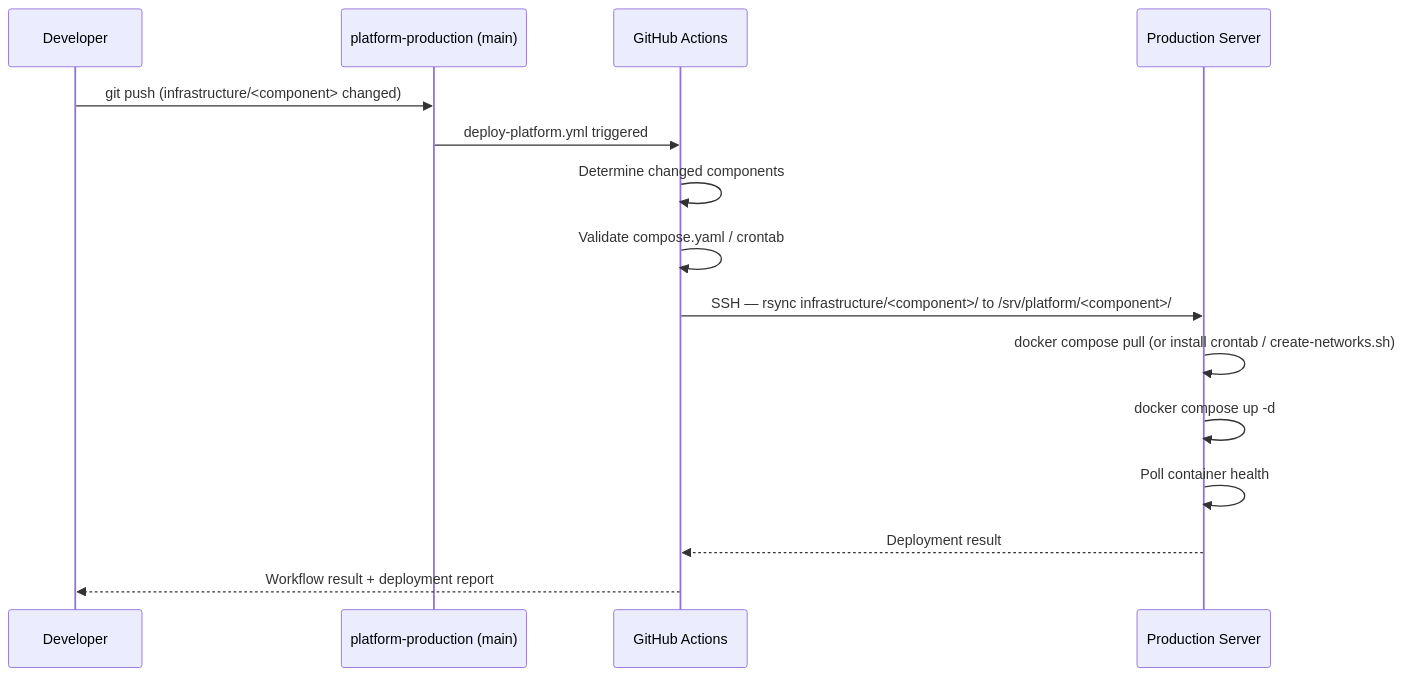
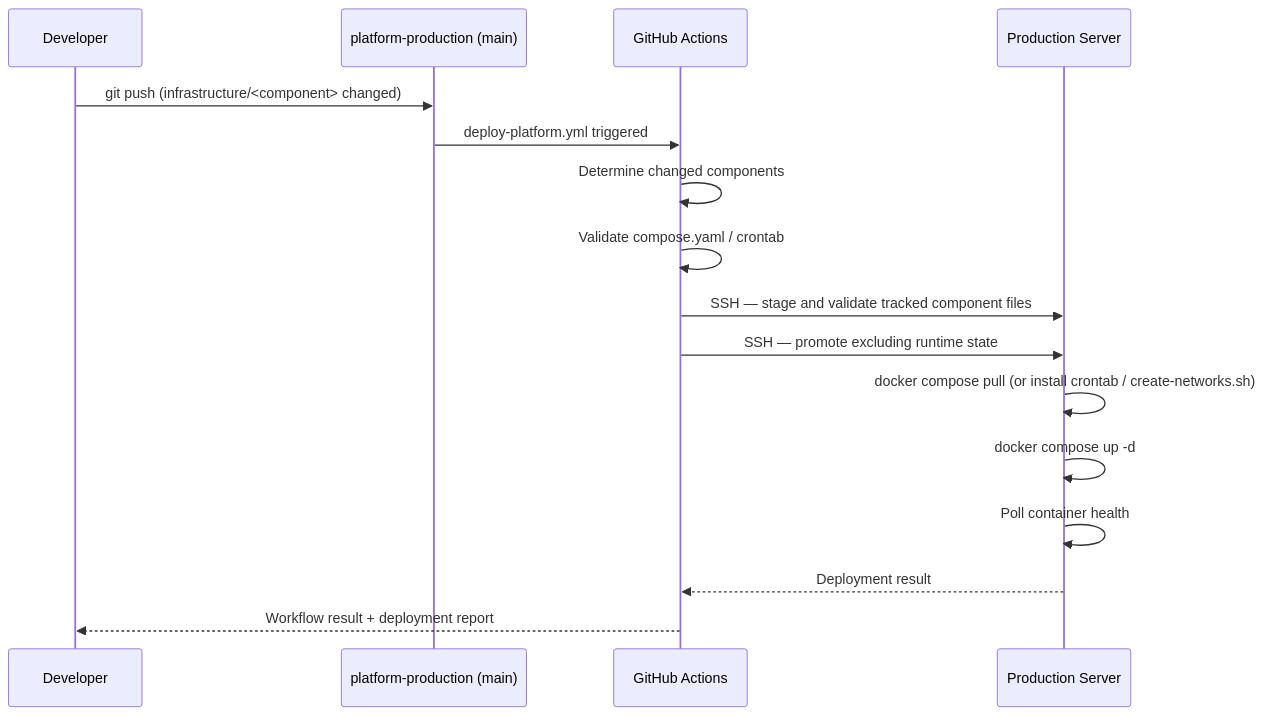
Before and after one commit to Basith-08/platform-production: the second of 2 diagrams in docs/01-architecture/ARCH-005-deployment-strategy.md, drawn with Mermaid. The commit also changed other lines of this file and 56 other files, not shown here.

````diff
--- a/docs/01-architecture/ARCH-005-deployment-strategy.md
+++ b/docs/01-architecture/ARCH-005-deployment-strategy.md
@@ -110,18 +113,19 @@
 ```mermaid
 sequenceDiagram
     participant Dev as Developer
     participant Repo as platform-production (main)
     participant CI as GitHub Actions
     participant Prod as Production Server
 
     Dev->>Repo: git push (infrastructure/<component> changed)
     Repo->>CI: deploy-platform.yml triggered
     CI->>CI: Determine changed components
     CI->>CI: Validate compose.yaml / crontab
-    CI->>Prod: SSH — rsync infrastructure/<component>/ to /srv/platform/<component>/
+    CI->>Prod: SSH — stage and validate tracked component files
+    CI->>Prod: SSH — promote excluding runtime state
     Prod->>Prod: docker compose pull (or install crontab / create-networks.sh)
     Prod->>Prod: docker compose up -d
     Prod->>Prod: Poll container health
     Prod-->>CI: Deployment result
     CI-->>Dev: Workflow result + deployment report
 ```
````
